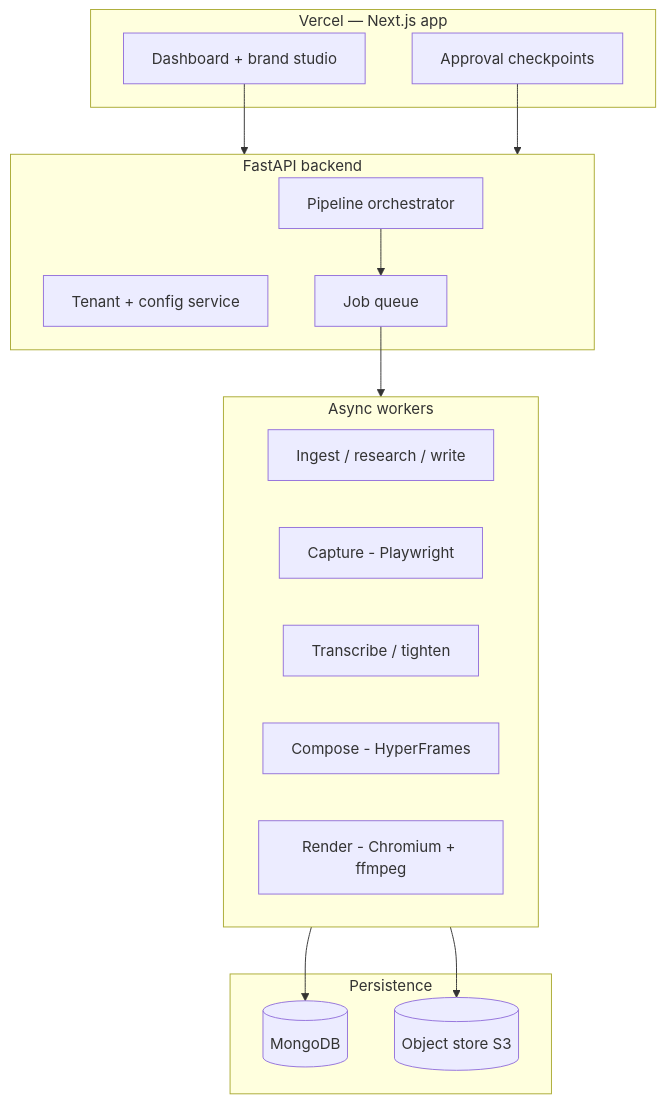
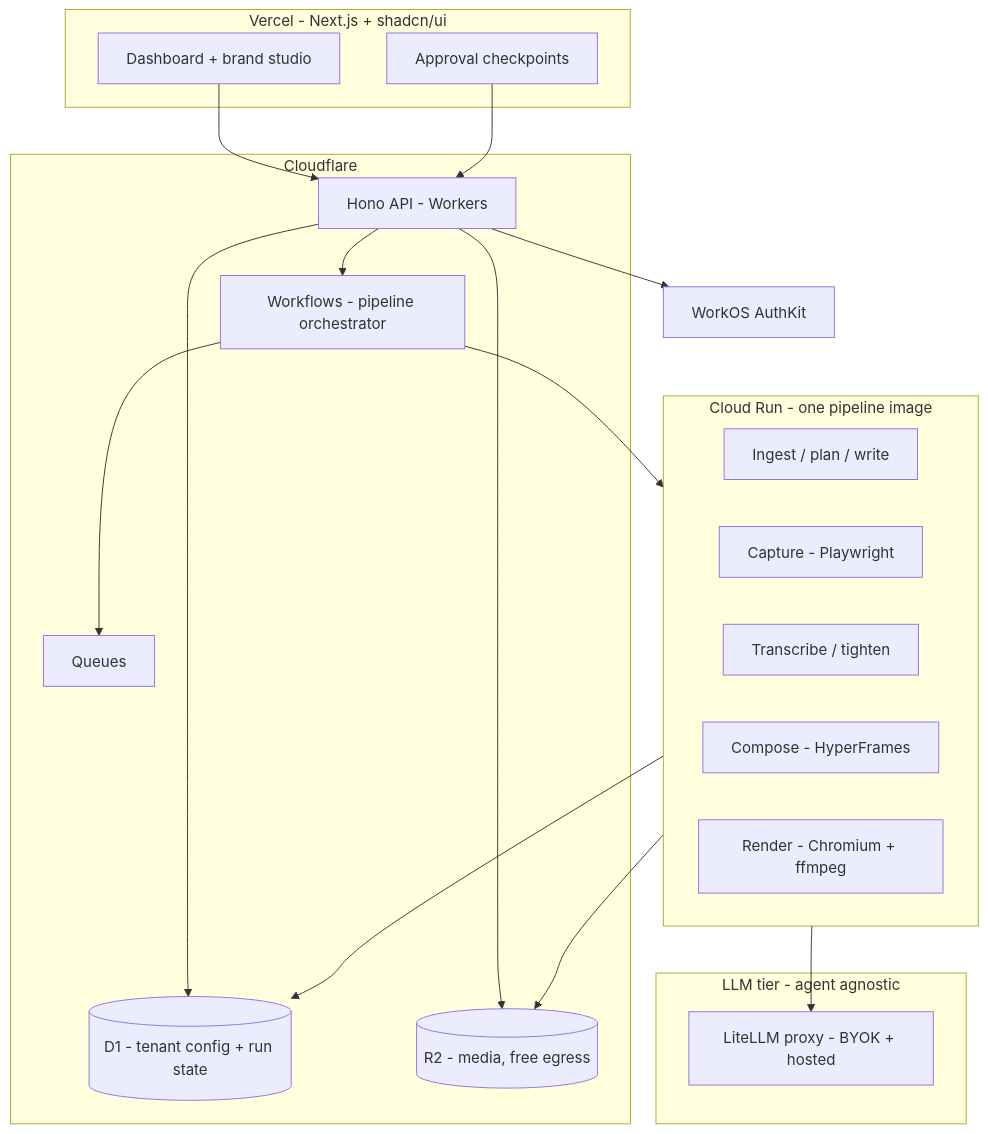
One commit to noah-sheldon/contentforge changed the second of 5 diagrams in PLAN.md. Above: the diagram before and after it, drawn with Mermaid. The commit also changed other lines of this file and 3 other files, not shown here.

First line of the commit message:
docs: HLD + LLD — Cloudflare-first architecture, decided stack

````diff
--- a/PLAN.md
+++ b/PLAN.md
@@ -22,29 +22,36 @@
 ```mermaid
 flowchart TD
-    subgraph WEB[Vercel — Next.js app]
+    subgraph WEB[Vercel - Next.js + shadcn/ui]
         DASH[Dashboard + brand studio]
         HITL[Approval checkpoints]
     end
-    subgraph API[FastAPI backend]
-        ORCH[Pipeline orchestrator]
-        TEN[Tenant + config service]
-        JOB[Job queue]
+    subgraph CF[Cloudflare]
+        API[Hono API - Workers]
+        WF[Workflows - pipeline orchestrator]
+        Q[Queues]
+        D1[(D1 - tenant config + run state)]
+        R2[(R2 - media, free egress)]
     end
-    subgraph WRK[Async workers]
-        W1[Ingest / research / write]
-        W2[Capture - Playwright]
-        W3[Transcribe / tighten]
-        W4[Compose - HyperFrames]
-        W5[Render - Chromium + ffmpeg]
+    subgraph CR[Cloud Run - one pipeline image]
+        ING[Ingest / plan / write]
+        CAP[Capture - Playwright]
+        TR[Transcribe / tighten]
+        COM[Compose - HyperFrames]
+        REN[Render - Chromium + ffmpeg]
     end
-    subgraph DAT[Persistence]
-        DB[(MongoDB)]
-        OBJ[(Object store S3)]
+    subgraph LLM[LLM tier - agent agnostic]
+        LP[LiteLLM proxy - BYOK + hosted]
     end
+    AUTH[WorkOS AuthKit]
     DASH --> API
     HITL --> API
-    ORCH --> JOB
-    JOB --> WRK
-    WRK --> OBJ
-    WRK --> DB
+    API --> AUTH
+    API --> D1
+    API --> WF
+    WF --> Q
+    WF --> CR
+    CR --> LP
+    CR --> R2
+    CR --> D1
+    API --> R2
 ```
````
